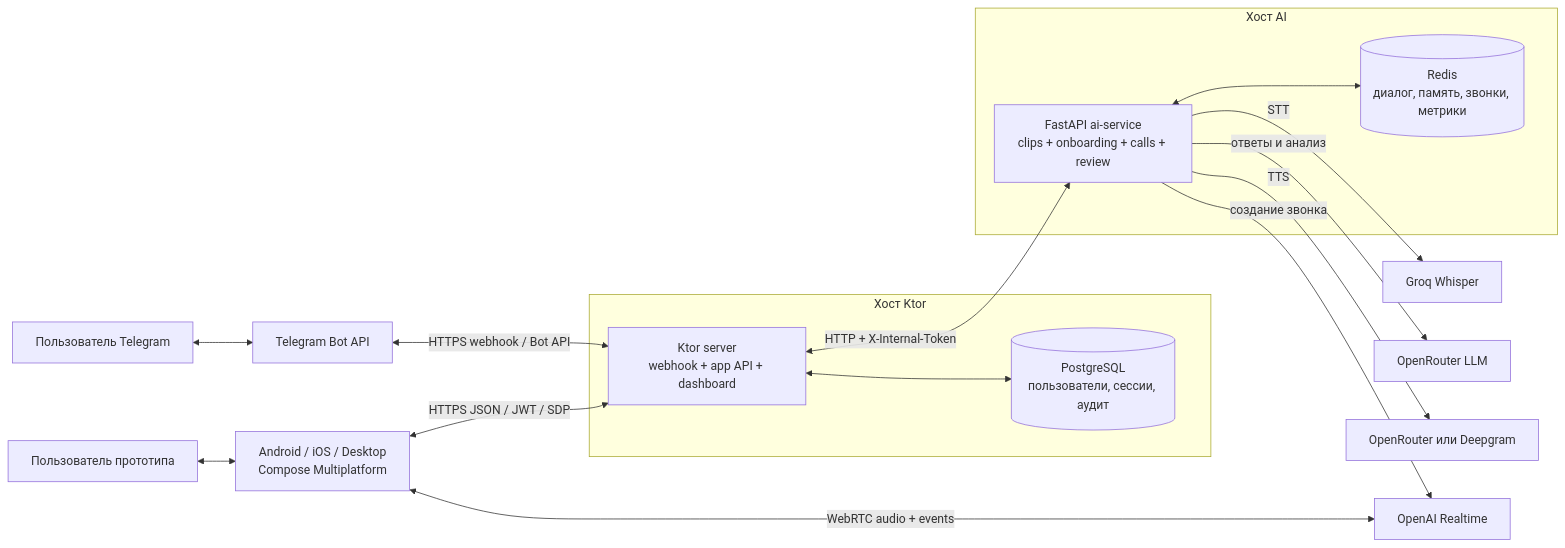
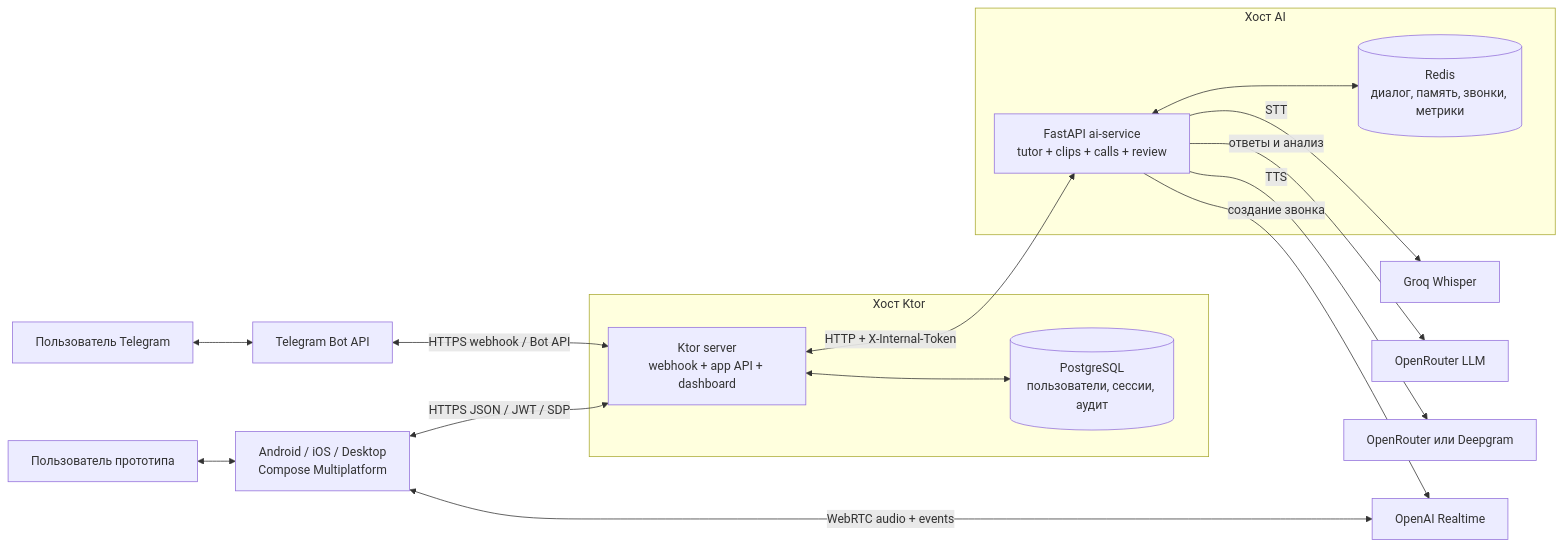
The first of 3 diagrams in architecture.md (greenblat17/1billion-dollar-startup), drawn with Mermaid before and after one commit. The commit also changed other lines of this file and 119 other files, not shown here.

````diff
--- a/architecture.md
+++ b/architecture.md
@@ -9,26 +9,26 @@
 ```mermaid
 flowchart LR
   userT[Пользователь Telegram] <--> tg[Telegram Bot API]
   userA[Пользователь прототипа] <--> cmp[Android / iOS / Desktop<br/>Compose Multiplatform]
 
   subgraph KtorHost[Хост Ktor]
     ktor[Ktor server<br/>webhook + app API + dashboard]
     pg[(PostgreSQL<br/>пользователи, сессии, аудит)]
     ktor <--> pg
   end
 
   subgraph AIHost[Хост AI]
-    ai[FastAPI ai-service<br/>clips + onboarding + calls + review]
+    ai[FastAPI ai-service<br/>tutor + clips + calls + review]
     redis[(Redis<br/>диалог, память, звонки, метрики)]
     ai <--> redis
   end
 
   tg <-->|HTTPS webhook / Bot API| ktor
   cmp <-->|HTTPS JSON / JWT / SDP| ktor
   ktor <-->|HTTP + X-Internal-Token| ai
   ai -->|STT| groq[Groq Whisper]
   ai -->|ответы и анализ| llm[OpenRouter LLM]
   ai -->|TTS| tts[OpenRouter или Deepgram]
   ai -->|создание звонка| openai[OpenAI Realtime]
   cmp <-->|WebRTC audio + events| openai
 ```
````
